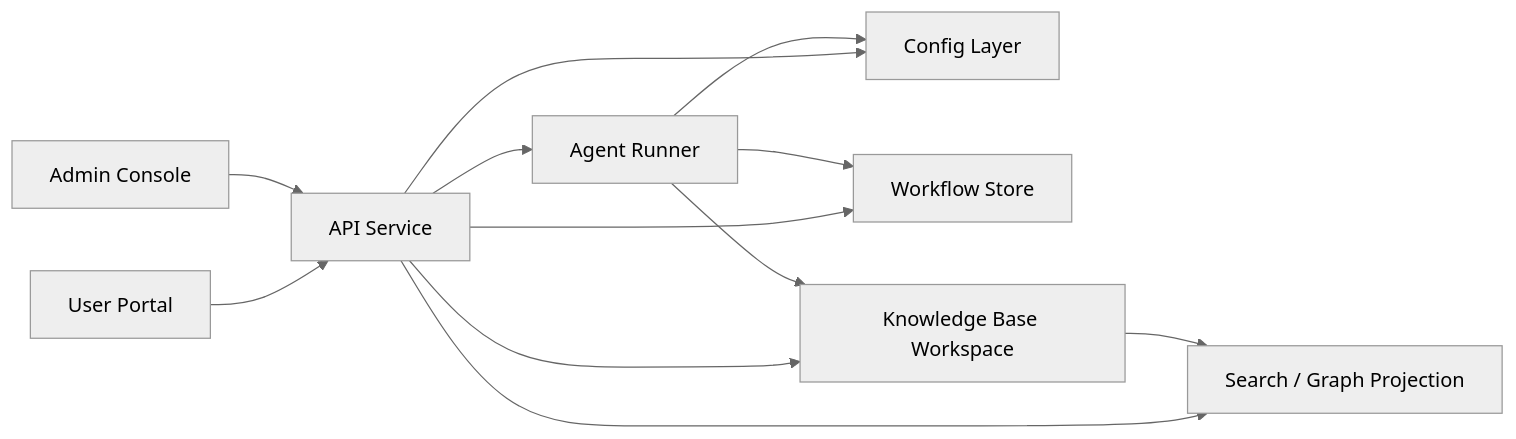
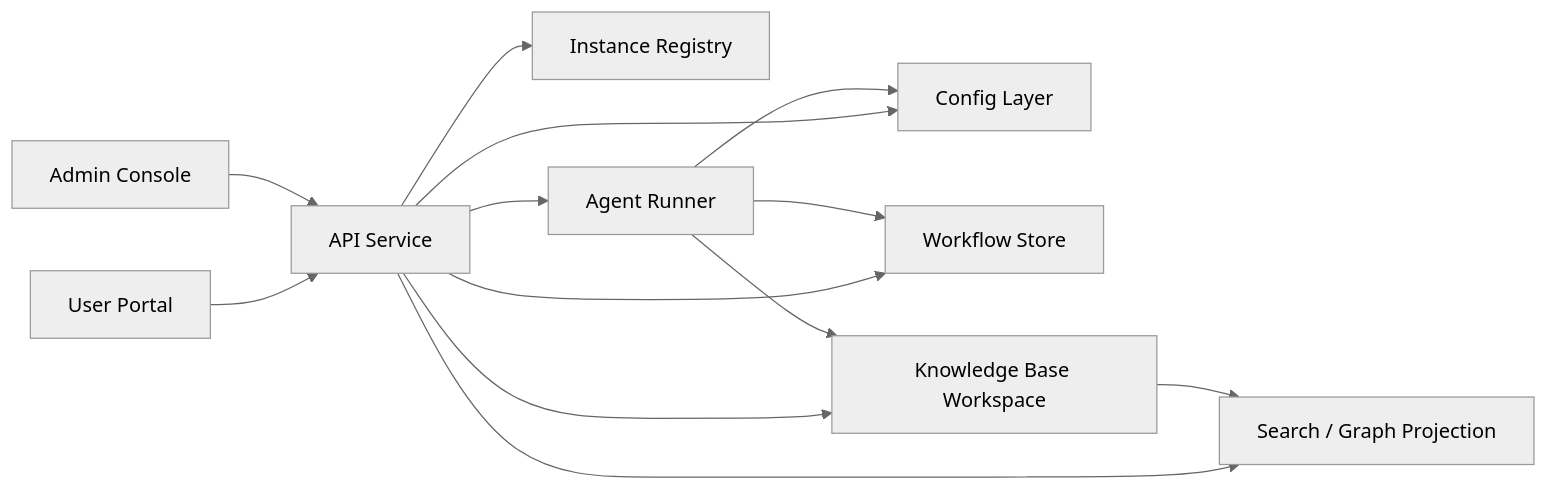
One commit to huyusong10/Sediment changed the diagram in design/current/platform-architecture.md. Above: the diagram before and after it, drawn with Mermaid (neutral theme). The commit also changed other lines of this file and 16 other files, not shown here.

````diff
--- a/design/current/platform-architecture.md
+++ b/design/current/platform-architecture.md
@@ -31,14 +32,15 @@
 ```mermaid
 flowchart LR
     U["User Portal"] --> API["API Service"]
     A["Admin Console"] --> API
     API --> CFG["Config Layer"]
+    API --> REG["Instance Registry"]
     API --> DB["Workflow Store"]
     API --> IDX["Search / Graph Projection"]
     API --> KB["Knowledge Base Workspace"]
     API --> RUN["Agent Runner"]
     RUN --> CFG
     RUN --> KB
     RUN --> DB
     KB --> IDX
 ```
````
